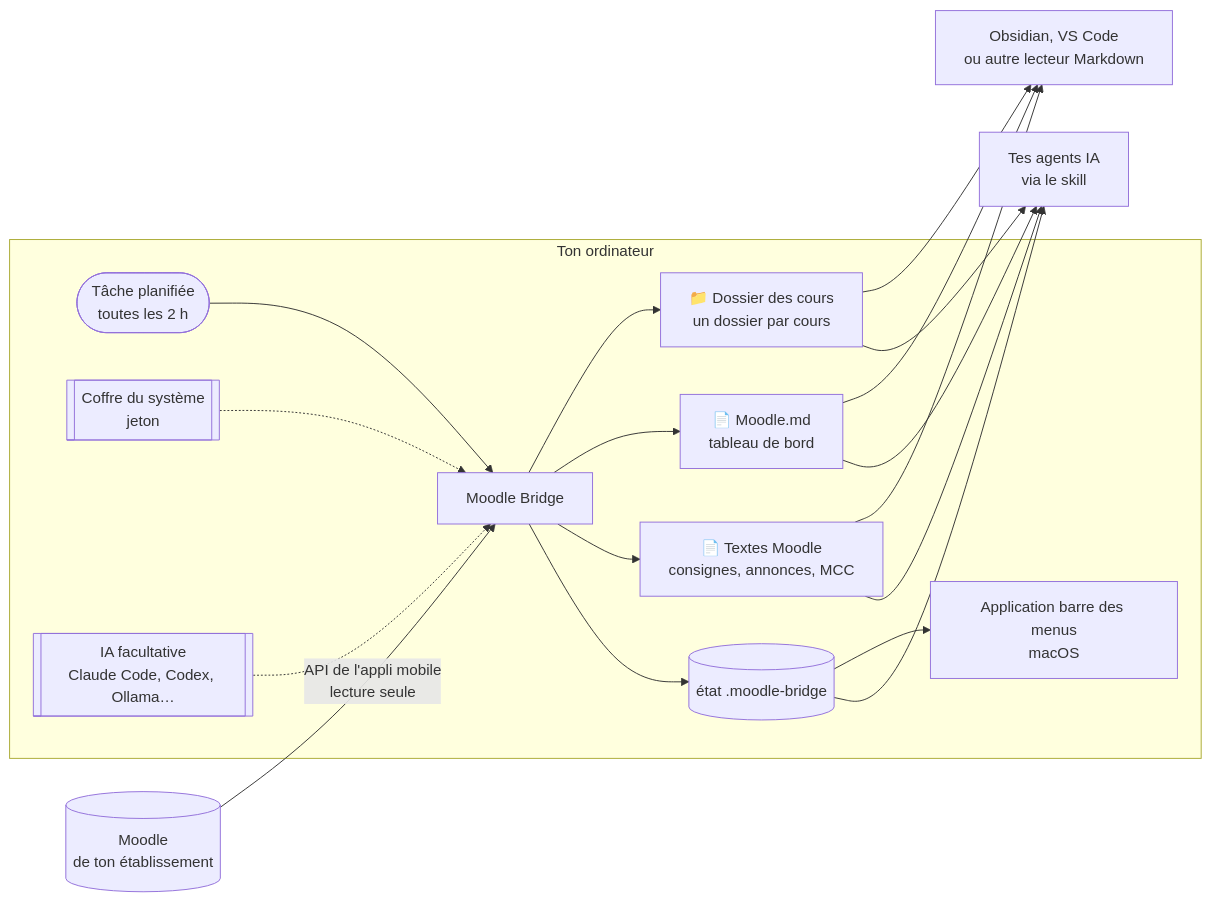
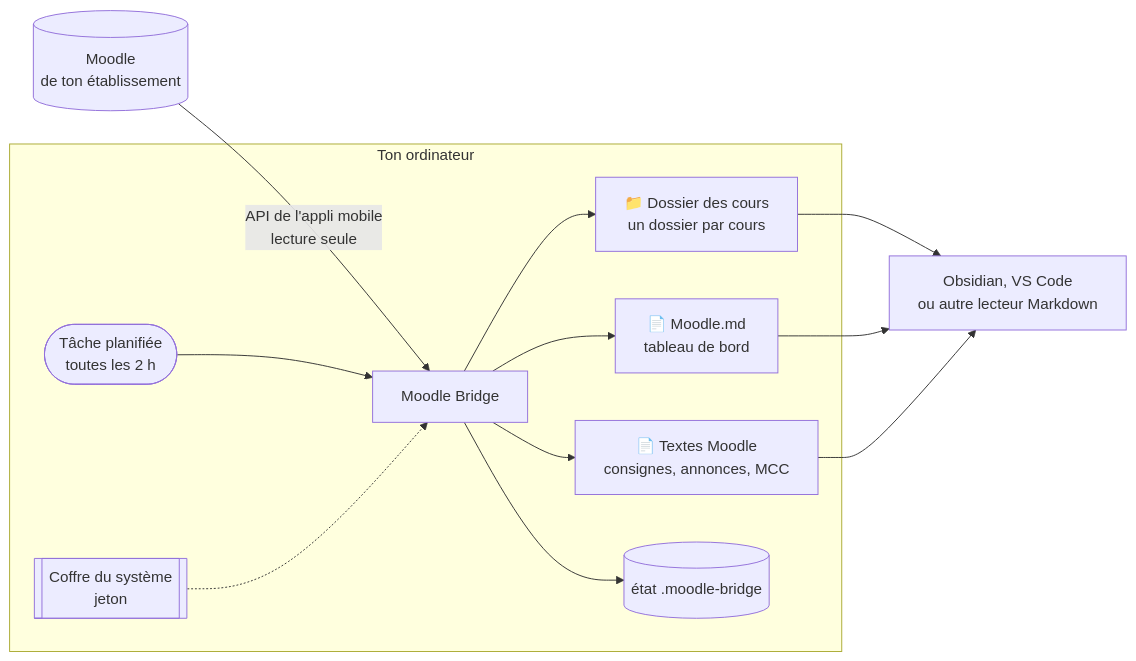
Before and after one commit to ArthurArctique/Moodle-Bridge: the diagram in README.md, drawn with Mermaid. The commit also changed other lines of this file and 22 other files, not shown here.

````diff
--- a/README.md
+++ b/README.md
@@ -127,18 +126,15 @@
 ```mermaid
 flowchart LR
     M[(Moodle<br/>de ton établissement)] -- "API de l'appli mobile<br/>lecture seule" --> P
 
     subgraph O[Ton ordinateur]
         T([Tâche planifiée<br/>toutes les 2 h]) --> P[Moodle Bridge]
         J[[Coffre du système<br/>jeton]] -.-> P
-        IA[[IA facultative<br/>Claude Code, Codex, Ollama…]] -.-> P
         P --> D[📁 Dossier des cours<br/>un dossier par cours]
         P --> I[📄 Moodle.md<br/>tableau de bord]
         P --> X[📄 Textes Moodle<br/>consignes, annonces, MCC]
         P --> S[(état .moodle-bridge)]
-        S --> A[Application barre des menus<br/>macOS]
     end
 
     D & I & X --> R[Obsidian, VS Code<br/>ou autre lecteur Markdown]
-    D & I & X & S --> G[Tes agents IA<br/>via le skill]
 ```
````
